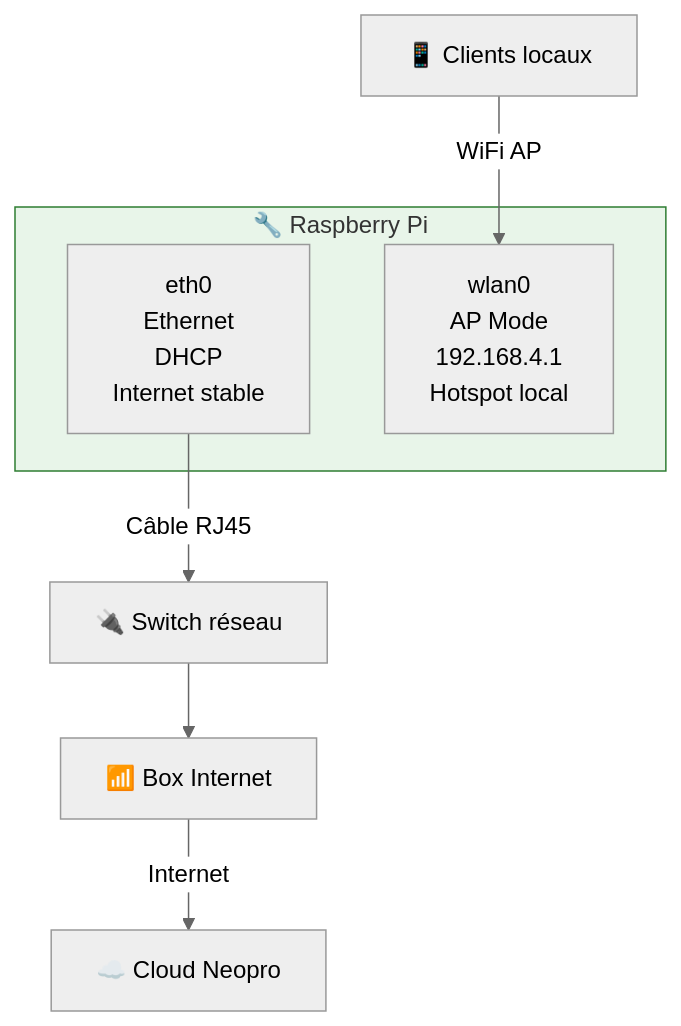
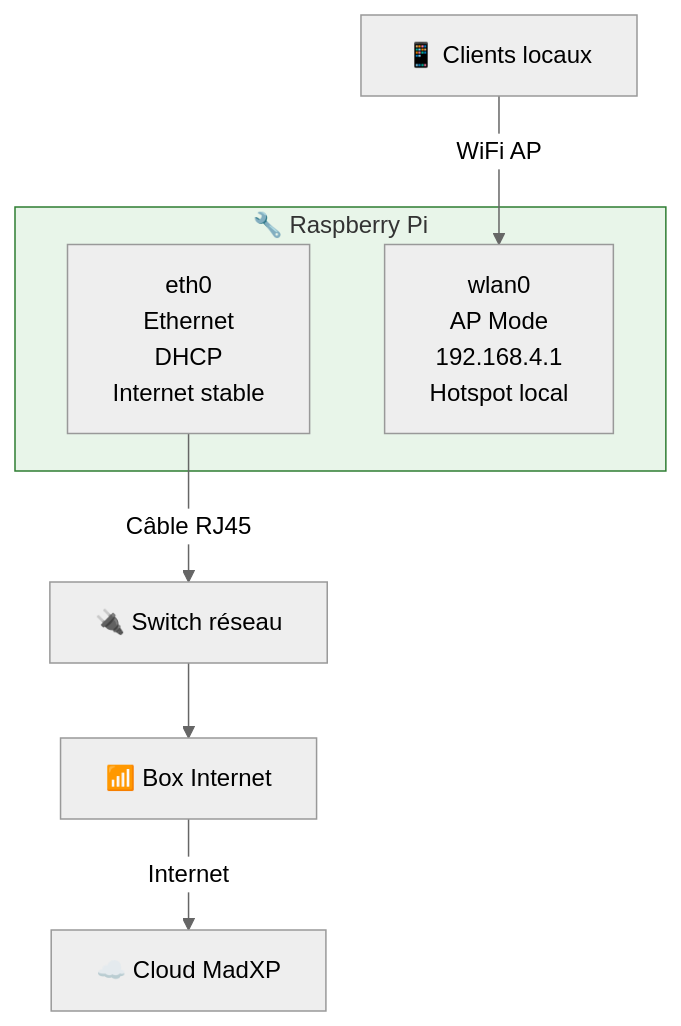
One commit to Tallec7/madxp changed the fourth of 8 diagrams in docs/technical/diagrams/08-network-topology.md. Above: the diagram before and after it, drawn with Mermaid (neutral theme). The commit also changed other lines of this file and 181 other files, not shown here.

First line of the commit message:
docs(rebrand): rename brand mentions Neopro→MadXP (PR 1/N)

````diff
--- a/docs/technical/diagrams/08-network-topology.md
+++ b/docs/technical/diagrams/08-network-topology.md
@@ -121,14 +121,14 @@
 ```mermaid
 graph TB
     subgraph PI["🔧 Raspberry Pi"]
         ETH0["eth0<br/>Ethernet<br/>DHCP<br/>Internet stable"]
         WLAN0["wlan0<br/>AP Mode<br/>192.168.4.1<br/>Hotspot local"]
     end
 
     PHONES["📱 Clients locaux"] -->|"WiFi AP"| WLAN0
     ETH0 -->|"Câble RJ45"| SWITCH["🔌 Switch réseau"]
     SWITCH --> BOX["📶 Box Internet"]
-    BOX -->|"Internet"| CLOUD["☁️ Cloud Neopro"]
+    BOX -->|"Internet"| CLOUD["☁️ Cloud MadXP"]
 
     style PI fill:#e8f5e9,stroke:#2E7D32
 ```
````
